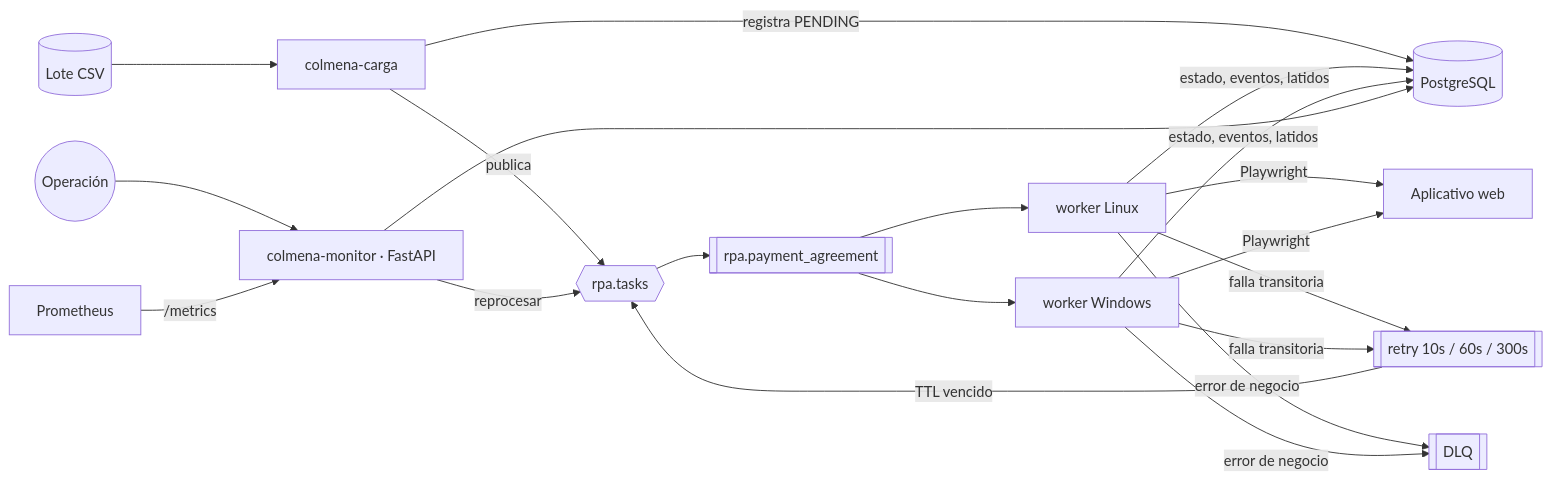
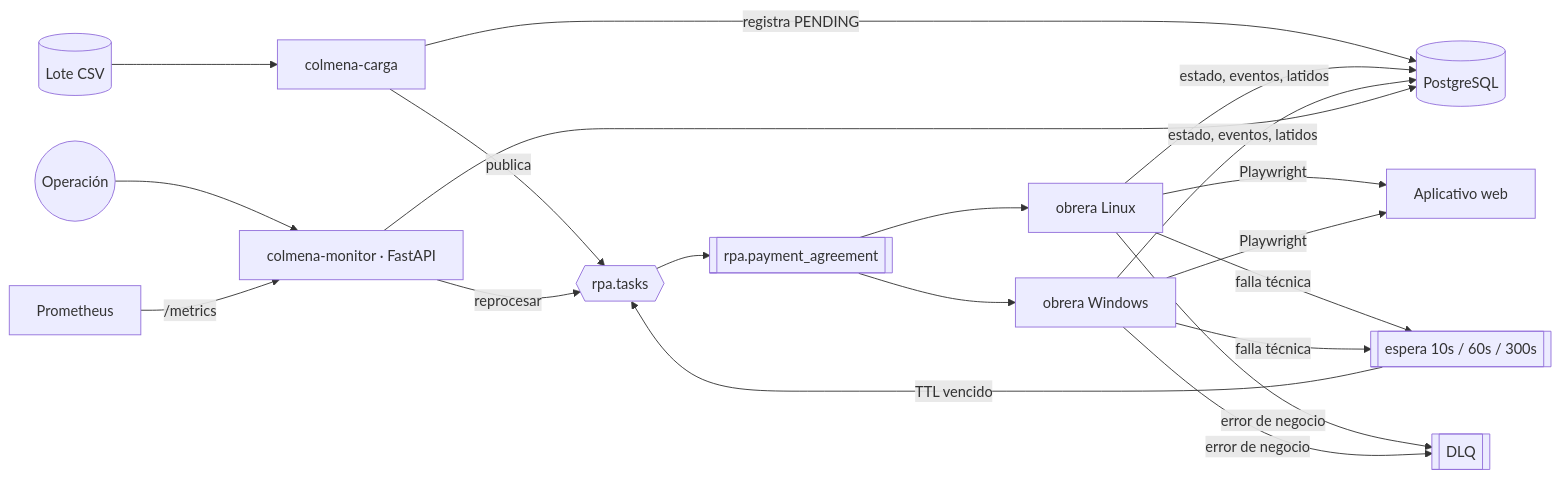
One commit to DarwinMontiel/colmena-rpa changed the second of 3 diagrams in README.md. Above: the diagram before and after it, drawn with Mermaid. The commit also changed other lines of this file and 9 other files, not shown here.

First line of the commit message:
docs: README de Colmena RPA con narrativa de cobranza, diagrama de secuencia y guía de migración

````diff
--- a/README.md
+++ b/README.md
@@ -67,18 +114,18 @@
 ```mermaid
 flowchart LR
     CSV[(Lote CSV)] --> P[colmena-carga]
     P -- registra PENDING --> DB[(PostgreSQL)]
     P -- publica --> EX{{rpa.tasks}}
     EX --> Q[[rpa.payment_agreement]]
-    Q --> W1[worker Linux]
-    Q --> W2[worker Windows]
+    Q --> W1[obrera Linux]
+    Q --> W2[obrera Windows]
     W1 & W2 -- Playwright --> PORTAL[Aplicativo web]
-    W1 & W2 -- falla transitoria --> RQ[[retry 10s / 60s / 300s]]
+    W1 & W2 -- falla técnica --> RQ[[espera 10s / 60s / 300s]]
     RQ -- TTL vencido --> EX
     W1 & W2 -- error de negocio --> DLQ[[DLQ]]
     W1 & W2 -- estado, eventos, latidos --> DB
     M[colmena-monitor · FastAPI] --> DB
     M -- reprocesar --> EX
     OPS((Operación)) --> M
     PROM[Prometheus] -- /metrics --> M
 ```
````
